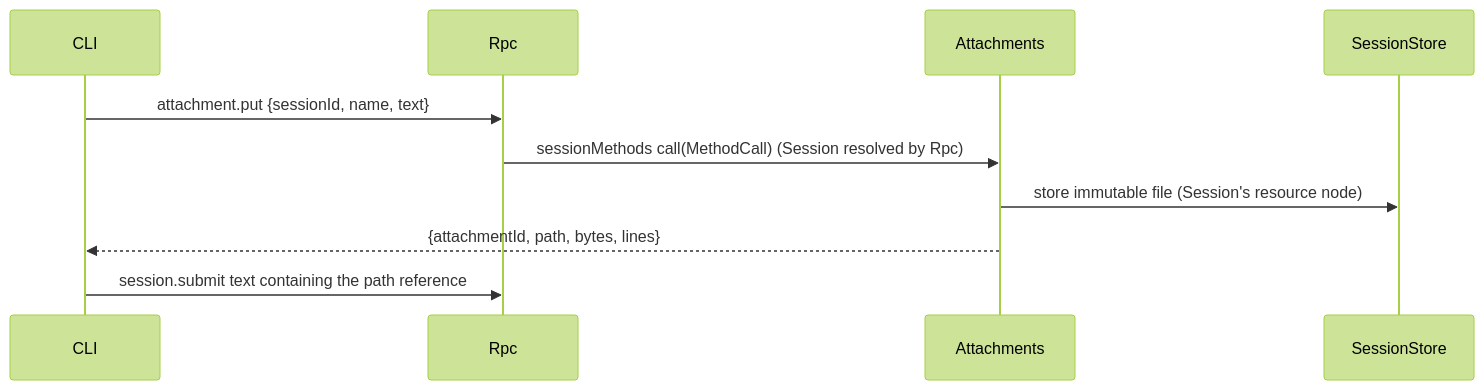
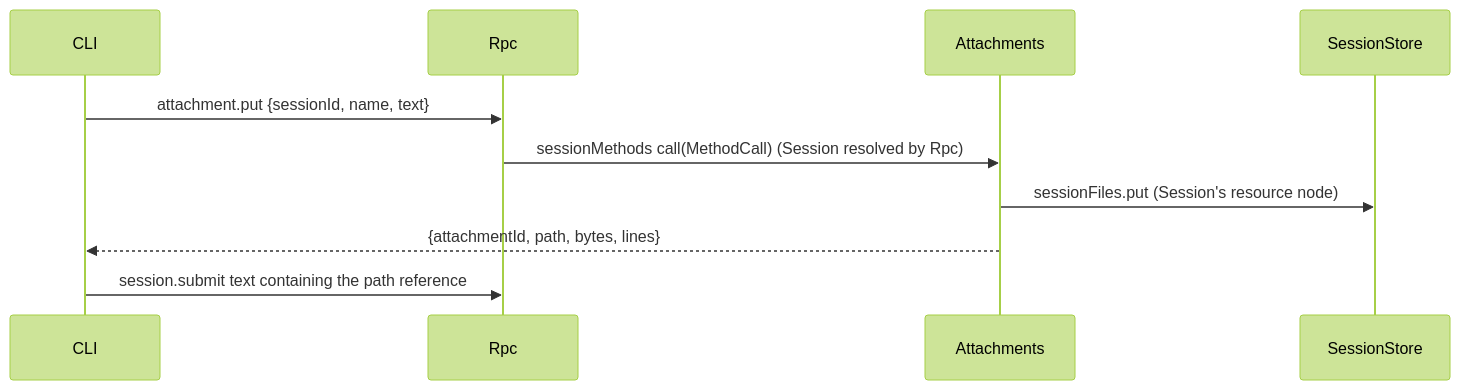
One commit to CoutinhoTTS/dim-agent changed the fourth of 4 diagrams in docs/design/plugins/Attachments.md. Above: the diagram before and after it, drawn with Mermaid (forest theme). The commit also changed other lines of this file and 7 other files, not shown here.

First line of the commit message:
docs(design): draft SessionStore Session files (#59)

````diff
--- a/docs/design/plugins/Attachments.md
+++ b/docs/design/plugins/Attachments.md
@@ -87,12 +87,12 @@
 ```mermaid
 sequenceDiagram
   participant C as CLI
   participant R as Rpc
   participant A as Attachments
   participant SS as SessionStore
   C->>R: attachment.put {sessionId, name, text}
   R->>A: sessionMethods call(MethodCall) (Session resolved by Rpc)
-  A->>SS: store immutable file (Session's resource node)
+  A->>SS: sessionFiles.put (Session's resource node)
   A-->>C: {attachmentId, path, bytes, lines}
   C->>R: session.submit text containing the path reference
 ```
````
